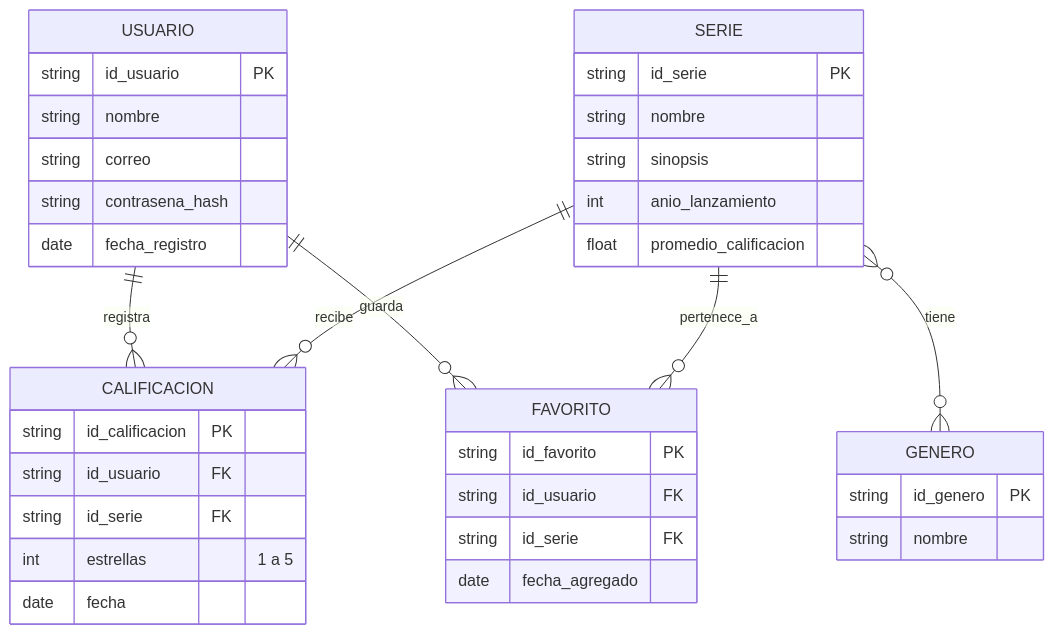
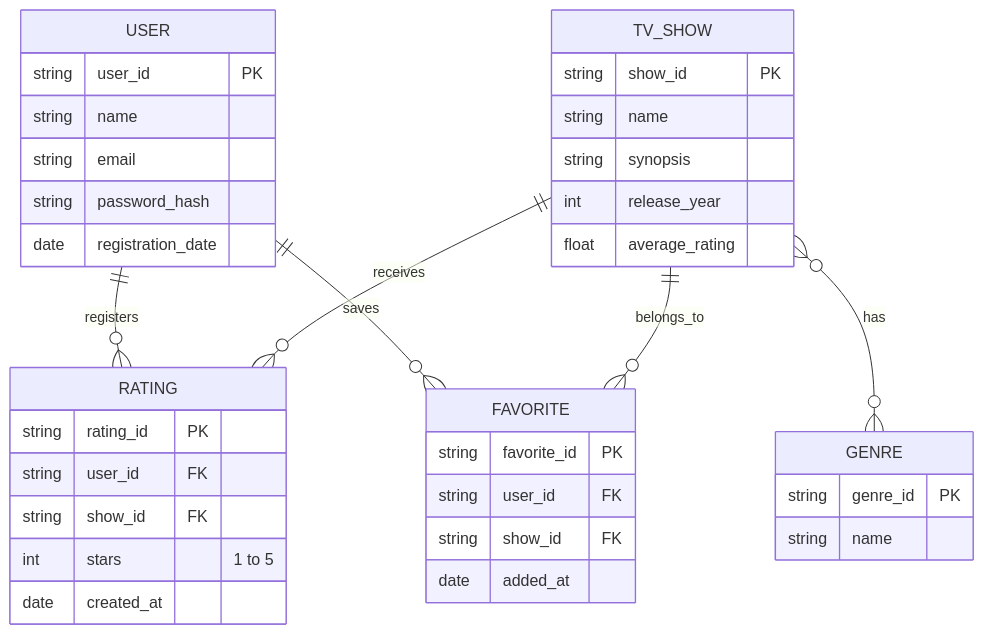
Before and after one commit to pamuni0402-bot/tv_catalog: the diagram in docs/erdiagram.md, drawn with Mermaid. The commit also changed other lines of this file, not shown here.

````diff
--- a/docs/erdiagram.md
+++ b/docs/erdiagram.md
@@ -2,45 +2,44 @@
 ```mermaid
 erDiagram
+    USER ||--o{ RATING : "registers"
+    USER ||--o{ FAVORITE : "saves"
+    TV_SHOW ||--o{ RATING : "receives"
+    TV_SHOW ||--o{ FAVORITE : "belongs_to"
+    TV_SHOW }o--o{ GENRE : "has"
 
-    USUARIO ||--o{ CALIFICACION : "registra"
-    USUARIO ||--o{ FAVORITO : "guarda"
-    SERIE ||--o{ CALIFICACION : "recibe"
-    SERIE ||--o{ FAVORITO : "pertenece_a"
-    SERIE }o--o{ GENERO : "tiene"
-
-    USUARIO {
-        string id_usuario PK
-        string nombre
-        string correo
-        string contrasena_hash
-        date fecha_registro
+    USER {
+        string user_id PK
+        string name
+        string email
+        string password_hash
+        date registration_date
     }
 
-    SERIE {
-        string id_serie PK
-        string nombre
-        string sinopsis
-        int anio_lanzamiento
-        float promedio_calificacion
+    TV_SHOW {
+        string show_id PK
+        string name
+        string synopsis
+        int release_year
+        float average_rating
     }
 
-    GENERO {
-        string id_genero PK
-        string nombre
+    GENRE {
+        string genre_id PK
+        string name
     }
 
-    CALIFICACION {
-        string id_calificacion PK
-        string id_usuario FK
-        string id_serie FK
-        int estrellas "1 a 5"
-        date fecha
+    RATING {
+        string rating_id PK
+        string user_id FK
+        string show_id FK
+        int stars "1 to 5"
+        date created_at
     }
 
-    FAVORITO {
-        string id_favorito PK
-        string id_usuario FK
-        string id_serie FK
-        date fecha_agregado
+    FAVORITE {
+        string favorite_id PK
+        string user_id FK
+        string show_id FK
+        date added_at
     }
 ```
````
